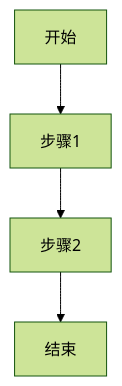
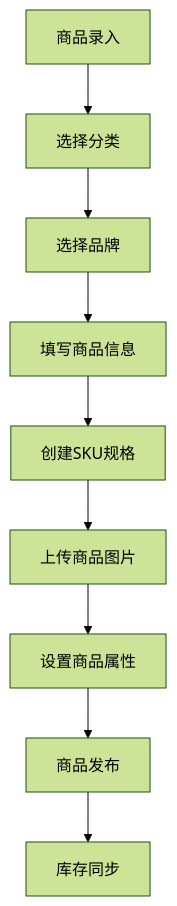
The second of 3 diagrams in docs/modules/product-catalog/overview.md (HaoranTong/ecommerce_platform), drawn with Mermaid (forest theme) before and after one commit. The commit also changed other lines of this file and 8 other files, not shown here.

````diff
--- a/docs/modules/product-catalog/overview.md
+++ b/docs/modules/product-catalog/overview.md
@@ -109,6 +131,11 @@
 ```mermaid
 graph TD
-    A[开始] --> B[步骤1]
-    B --> C[步骤2]
-    C --> D[结束]
+    A[商品录入] --> B[选择分类]
+    B --> C[选择品牌]
+    C --> D[填写商品信息]
+    D --> E[创建SKU规格]
+    E --> F[上传商品图片]
+    F --> G[设置商品属性]
+    G --> H[商品发布]
+    H --> I[库存同步]
 ```
````
